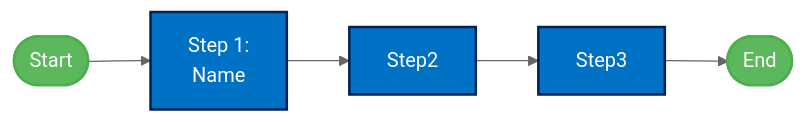
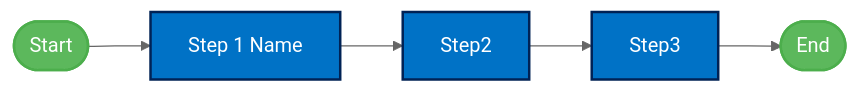
The diagram in docs/documentation-standards.md (briandenicola/xlr8-e2eaisolutions), drawn with Mermaid (neutral theme) before and after one commit. The commit also changed 17 other files, not shown here.

````diff
--- a/docs/documentation-standards.md
+++ b/docs/documentation-standards.md
@@ -83,13 +83,13 @@
 ```mermaid
 flowchart LR
     Start([Start]) --> Step1
-    Step1[Step 1:\nName] --> Step2
+    Step1[Step 1 Name] --> Step2
     Step2 --> Step3
     Step3 --> End([End])
     
     classDef step fill:#0072C6,stroke:#025,color:white,stroke-width:2px
     classDef endpoint fill:#5CB85C,stroke:#4CAE4C,color:white,stroke-width:2px
     
     class Step1,Step2,Step3 step
     class Start,End endpoint
 ```
````
